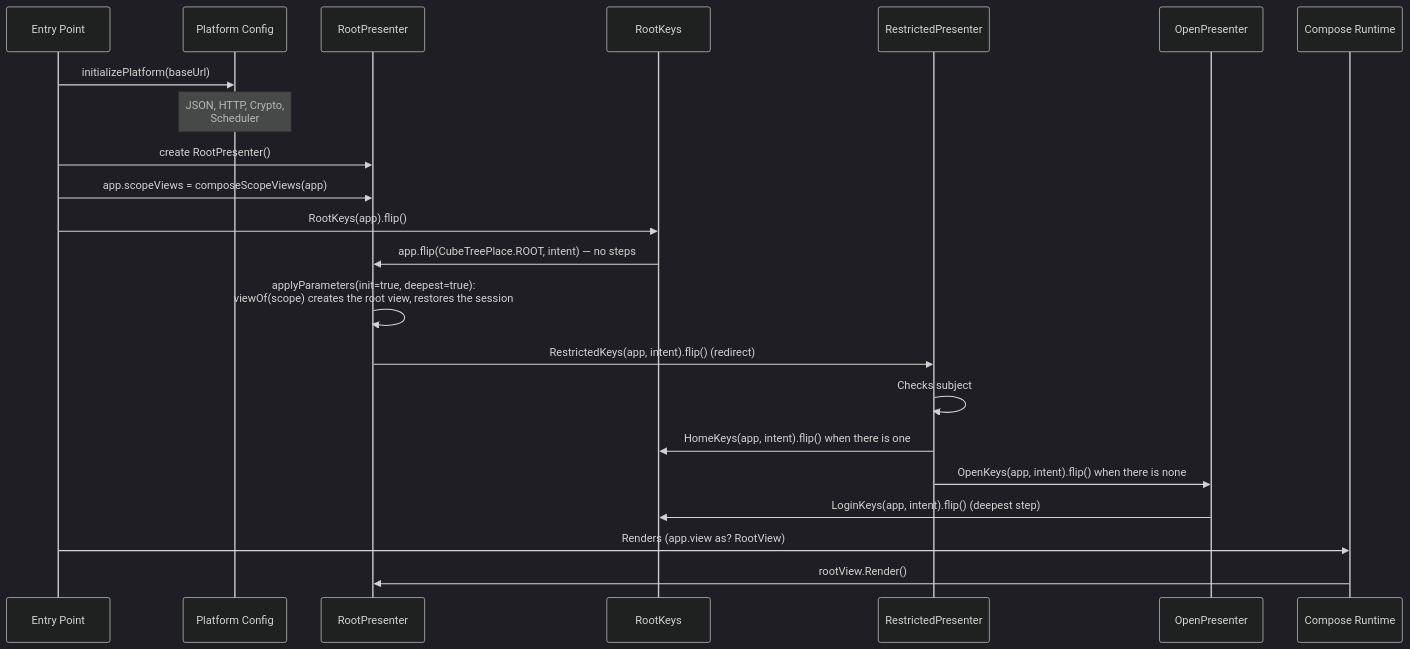
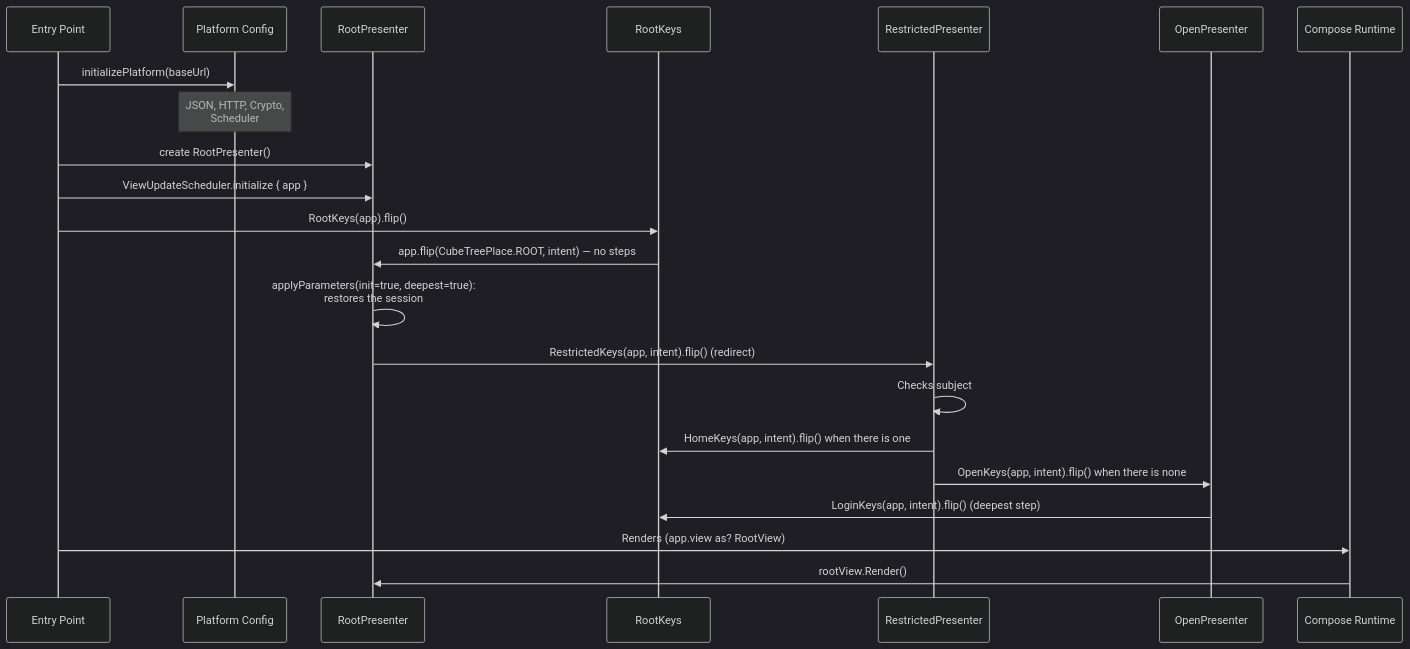
Before and after one commit to mrcdom/wdc-cube-kotlin: the ninth of 10 diagrams in docs/architecture.md, drawn with Mermaid (dark theme). The commit also changed other lines of this file and 9 other files, not shown here.

Commit message:
docs: views as functions of the scope, and the layer's registry

````diff
--- a/docs/architecture.md
+++ b/docs/architecture.md
@@ -511,27 +511,27 @@
 ```mermaid
 sequenceDiagram
     participant Main as Entry Point
     participant Platform as Platform Config
     participant App as RootPresenter
     participant Keys as RootKeys
     participant Rs as RestrictedPresenter
     participant Op as OpenPresenter
     participant Compose as Compose Runtime
 
     Main->>Platform: initializePlatform(baseUrl)
     Note over Platform: JSON, HTTP, Crypto,<br/>Scheduler
 
     Main->>App: create RootPresenter()
-    Main->>App: app.scopeViews = composeScopeViews(app)
+    Main->>App: ViewUpdateScheduler.initialize { app }
     Main->>Keys: RootKeys(app).flip()
     Keys->>App: app.flip(CubeTreePlace.ROOT, intent) — no steps
-    App->>App: applyParameters(init=true, deepest=true):<br/>viewOf(scope) creates the root view, restores the session
+    App->>App: applyParameters(init=true, deepest=true):<br/>restores the session
     App->>Rs: RestrictedKeys(app, intent).flip() (redirect)
     Rs->>Rs: Checks subject
     Rs->>Keys: HomeKeys(app, intent).flip() when there is one
     Rs->>Op: OpenKeys(app, intent).flip() when there is none
     Op->>Keys: LoginKeys(app, intent).flip() (deepest step)
 
     Main->>Compose: Renders (app.view as? RootView)
     Compose->>App: rootView.Render()
 ```
````
